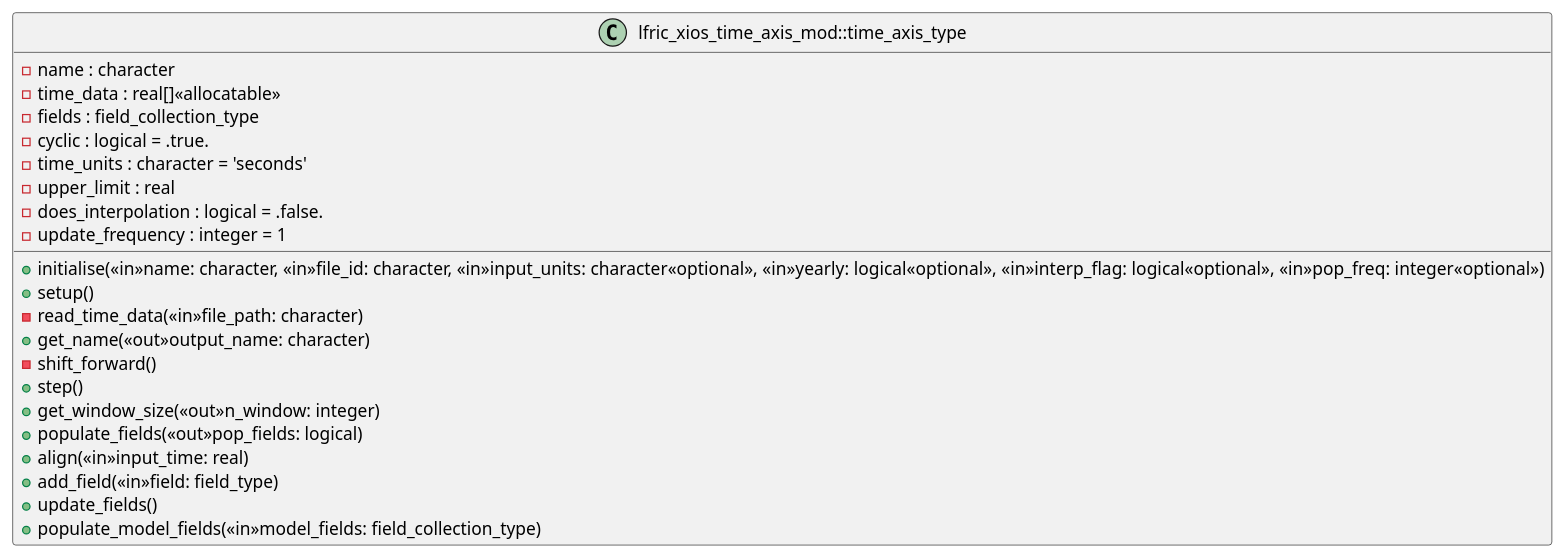
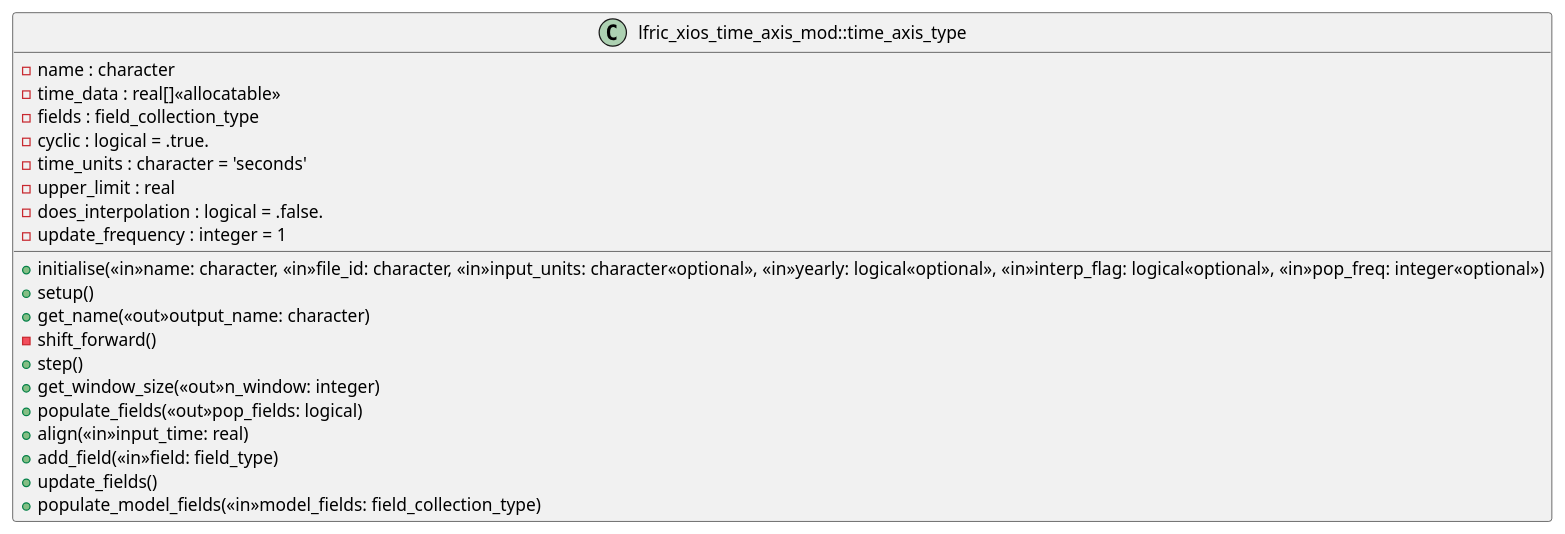
Before and after one commit to DJDavies2/lfric_core: the diagram in components/lfric-xios/documentation/uml/lfric_xios_time_axis_mod.iuml, drawn with PlantUML. The commit also changed 1 other file, not shown here.

Commit message:
Core changes to stop reading time data on every rank (#426)

```diff
--- a/components/lfric-xios/documentation/uml/lfric_xios_time_axis_mod.iuml
+++ b/components/lfric-xios/documentation/uml/lfric_xios_time_axis_mod.iuml
@@ -1,23 +1,22 @@
 class lfric_xios_time_axis_mod::time_axis_type {
   -name : character
   -time_data : real[]<<allocatable>>
   -fields : field_collection_type
   -cyclic : logical = .true.
   -time_units : character = 'seconds'
   -upper_limit : real
   -does_interpolation : logical = .false.
   -update_frequency : integer = 1
 
   +initialise(<<in>>name: character, <<in>>file_id: character, <<in>>input_units: character<<optional>>, <<in>>yearly: logical<<optional>>, <<in>>interp_flag: logical<<optional>>, <<in>>pop_freq: integer<<optional>>)
   +setup()
-  -read_time_data(<<in>>file_path: character)
   +get_name(<<out>>output_name: character)
   -shift_forward()
   +step()
   +get_window_size(<<out>>n_window: integer)
   +populate_fields(<<out>>pop_fields: logical)
   +align(<<in>>input_time: real)
   +add_field(<<in>>field: field_type)
   +update_fields()
   +populate_model_fields(<<in>>model_fields: field_collection_type)
  }
```
